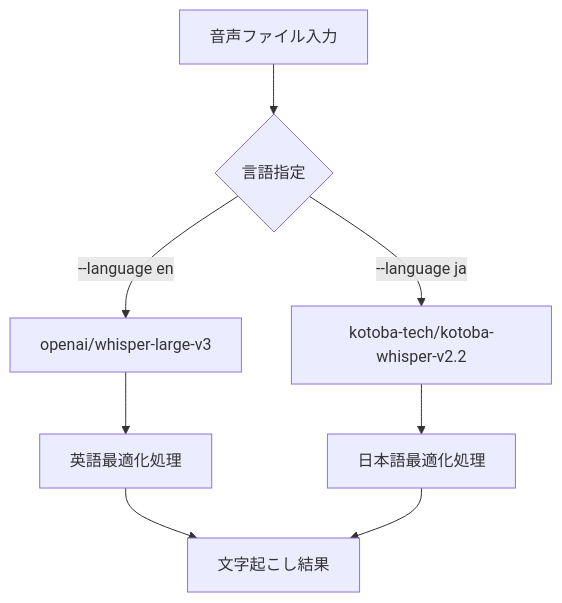
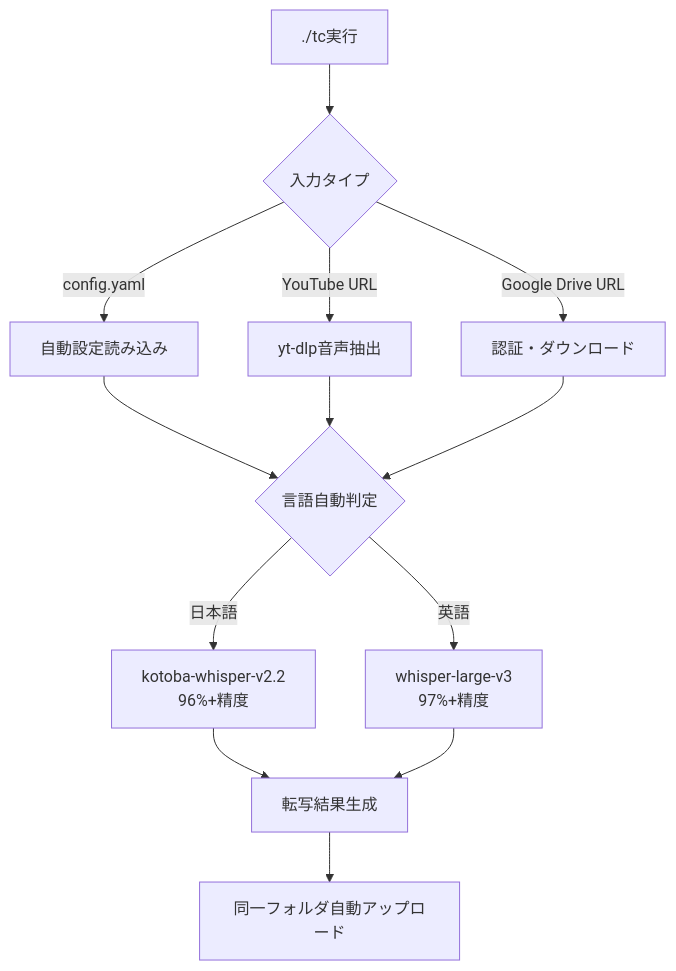
Before and after one commit to abem/tc: the first of 2 diagrams in docs/system/system_overview_2025.md, drawn with Mermaid. The commit also changed other lines of this file and 20 other files, not shown here.

````diff
--- a/docs/system/system_overview_2025.md
+++ b/docs/system/system_overview_2025.md
@@ -50,10 +69,15 @@
 ```mermaid
 graph TD
-    A[音声ファイル入力] --> B{言語指定}
-    B -->|--language en| C[openai/whisper-large-v3]
-    B -->|--language ja| D[kotoba-tech/kotoba-whisper-v2.2]
-    C --> E[英語最適化処理]
-    D --> F[日本語最適化処理]
-    E --> G[文字起こし結果]
-    F --> G
+    A[./tc実行] --> B{入力タイプ}
+    B -->|config.yaml| C[自動設定読み込み]
+    B -->|YouTube URL| D[yt-dlp音声抽出]
+    B -->|Google Drive URL| E[認証・ダウンロード]
+    C --> F{言語自動判定}
+    D --> F
+    E --> F
+    F -->|日本語| G[kotoba-whisper-v2.2<br/>96%+精度]
+    F -->|英語| H[whisper-large-v3<br/>97%+精度]
+    G --> I[転写結果生成]
+    H --> I
+    I --> J[同一フォルダ自動アップロード]
 ```
````
